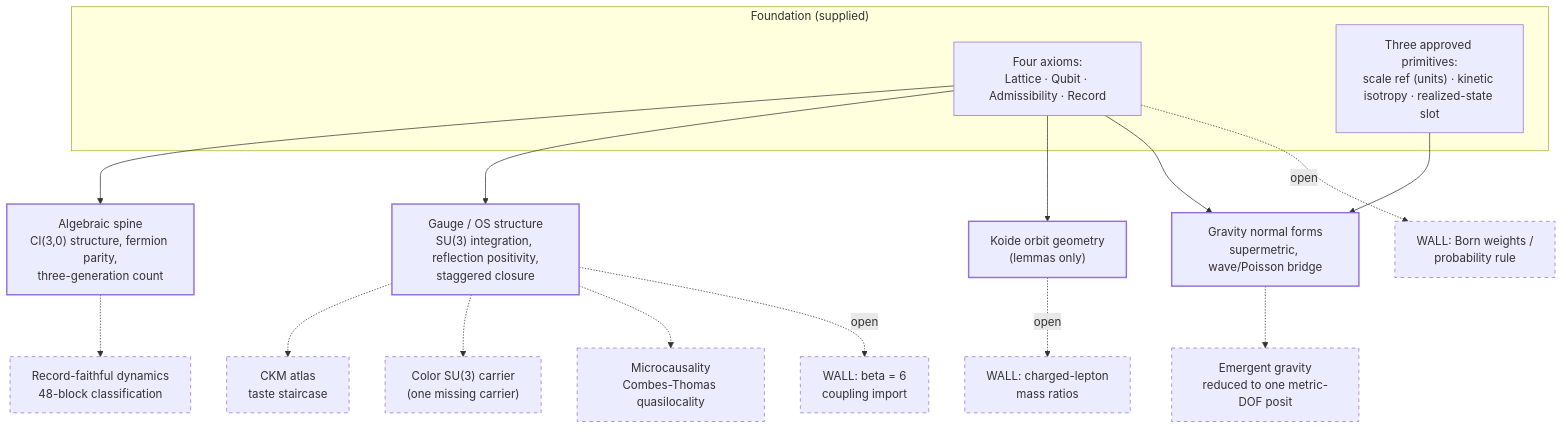
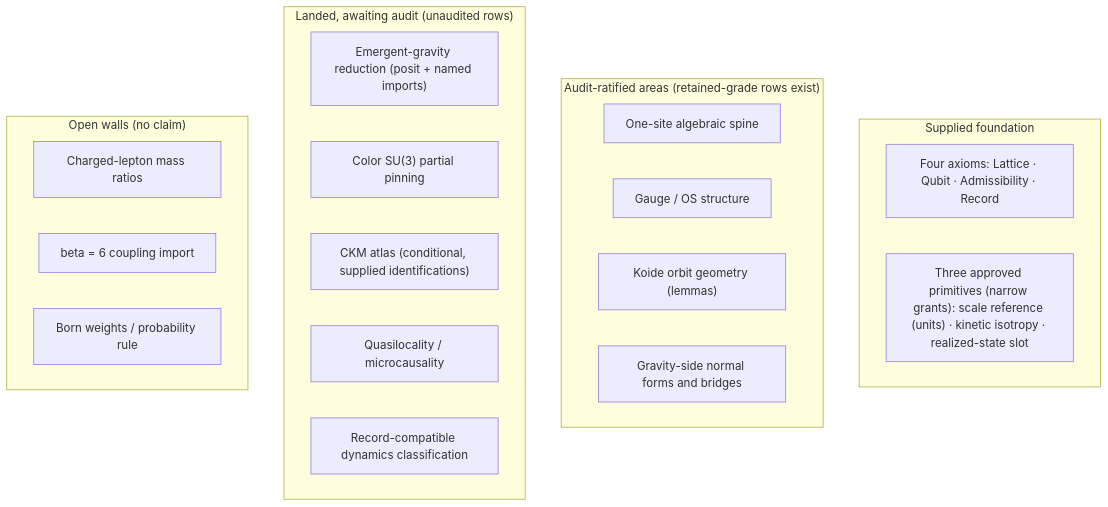
The diagram in docs/repo/STATE_OF_THE_THEORY_2026-07-16.md (jonathonreilly/qubit-lattice-axiom-framework), drawn with Mermaid before and after one commit. The commit also changed other lines of this file and 3 other files, not shown here.

````diff
--- a/docs/repo/STATE_OF_THE_THEORY_2026-07-16.md
+++ b/docs/repo/STATE_OF_THE_THEORY_2026-07-16.md
@@ -155,29 +180,25 @@
 ```mermaid
-flowchart TD
-    subgraph FOUNDATION["Foundation (supplied)"]
-        AX["Four axioms:\nLattice · Qubit · Admissibility · Record"]
-        PR["Three approved primitives:\nscale ref (units) · kinetic isotropy · realized-state slot"]
+flowchart TB
+    subgraph FOUNDATION["Supplied foundation"]
+        AX["Four axioms: Lattice · Qubit · Admissibility · Record"]
+        PR["Three approved primitives (narrow grants): scale reference (units) · kinetic isotropy · realized-state slot"]
     end
-
-    AX --> SPINE["Algebraic spine\nCl(3,0) structure, fermion parity,\nthree-generation count"]
-    AX --> GAUGE["Gauge / OS structure\nSU(3) integration, reflection positivity,\nstaggered closure"]
-    AX --> KOIDE["Koide orbit geometry\n(lemmas only)"]
-    PR --> GRAV
-    AX --> GRAV["Gravity normal forms\nsupermetric, wave/Poisson bridge"]
-
-    GAUGE -.-> CKM["CKM atlas\ntaste staircase"]
-    GAUGE -.-> COLOR["Color SU(3) carrier\n(one missing carrier)"]
-    SPINE -.-> RFD["Record-faithful dynamics\n48-block classification"]
-    GRAV -.-> GR1["Emergent gravity\nreduced to one metric-DOF posit"]
-    GAUGE -.-> MICRO["Microcausality\nCombes-Thomas quasilocality"]
-
-    KOIDE -. open .-> WALL1["WALL: charged-lepton\nmass ratios"]
-    GAUGE -. open .-> WALL2["WALL: beta = 6\ncoupling import"]
-    AX -. open .-> WALL3["WALL: Born weights /\nprobability rule"]
-
-    classDef ratified stroke-width:2px;
-    classDef gated stroke-dasharray: 5 5;
-    class SPINE,GAUGE,KOIDE,GRAV ratified;
-    class CKM,COLOR,RFD,GR1,MICRO gated;
-    class WALL1,WALL2,WALL3 gated;
+    subgraph RATIFIED["Audit-ratified areas (retained-grade rows exist)"]
+        SPINE["One-site algebraic spine"]
+        GAUGE["Gauge / OS structure"]
+        KOIDE["Koide orbit geometry (lemmas)"]
+        GRAV["Gravity-side normal forms and bridges"]
+    end
+    subgraph FRONTIER["Landed, awaiting audit (unaudited rows)"]
+        GR1["Emergent-gravity reduction (posit + named imports)"]
+        COLOR["Color SU(3) partial pinning"]
+        CKM["CKM atlas (conditional, supplied identifications)"]
+        MICRO["Quasilocality / microcausality"]
+        RFD["Record-compatible dynamics classification"]
+    end
+    subgraph WALLS["Open walls (no claim)"]
+        W1["Charged-lepton mass ratios"]
+        W2["beta = 6 coupling import"]
+        W3["Born weights / probability rule"]
+    end
 ```
````
